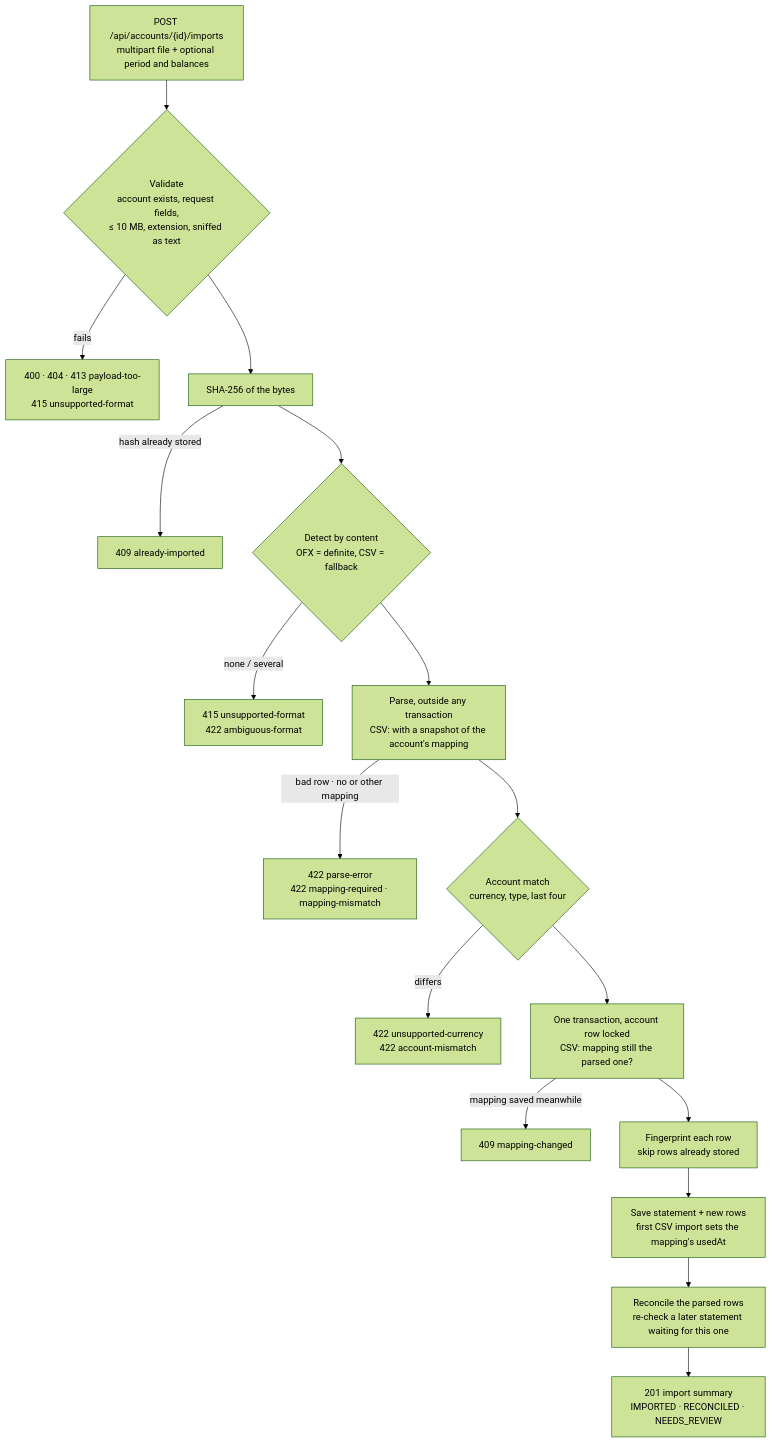
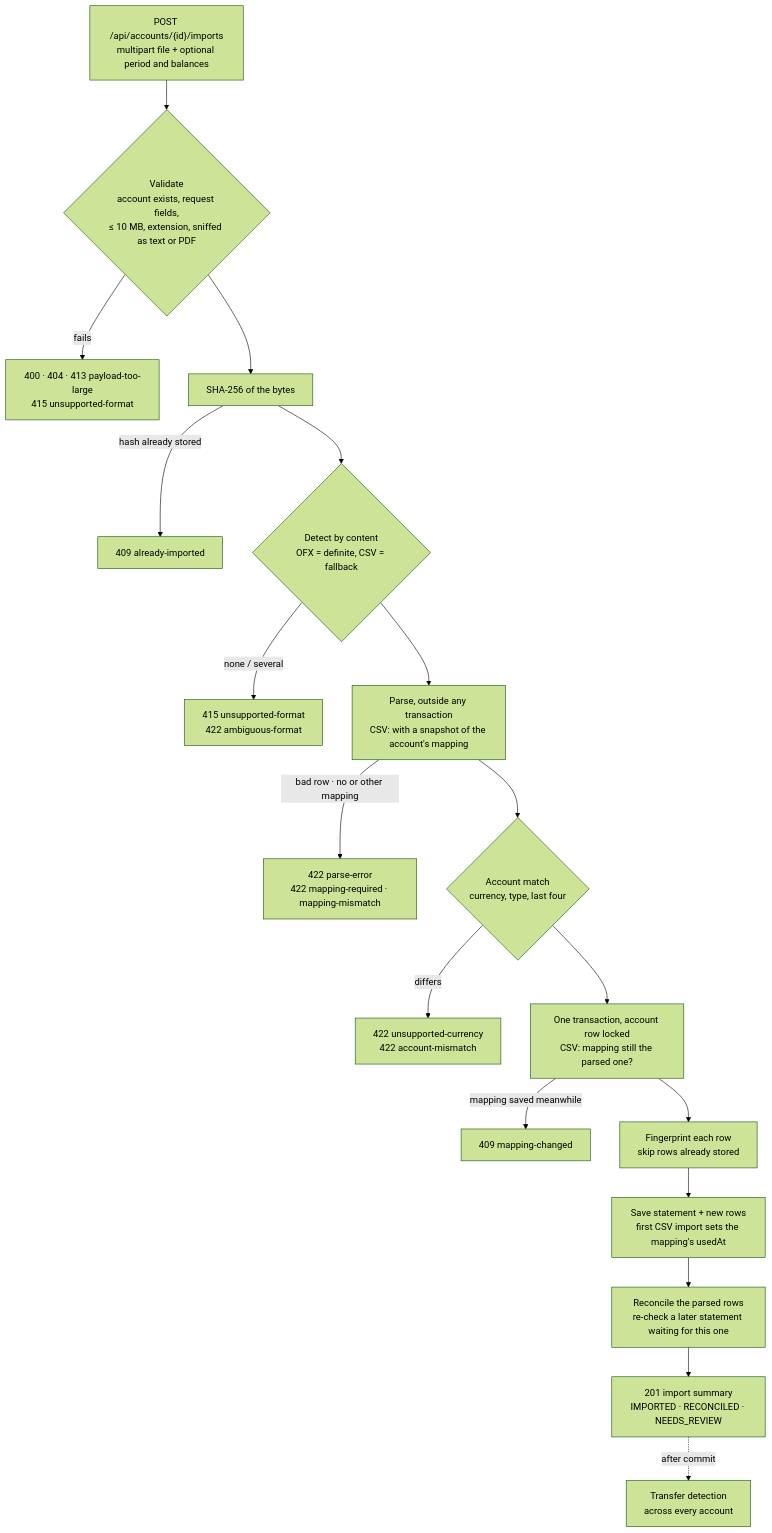
The second of 2 diagrams in README.md (atgiorgis/finalysis), drawn with Mermaid (forest theme) before and after one commit. The commit also changed other lines of this file and 7 other files, not shown here.

````diff
--- a/README.md
+++ b/README.md
@@ -358,20 +434,21 @@
 ```mermaid
 flowchart TD
     upload["POST /api/accounts/{id}/imports<br/>multipart file + optional period and balances"] --> validate
-    validate{"Validate<br/>account exists, request fields,<br/>≤ 10 MB, extension, sniffed as text"}
+    validate{"Validate<br/>account exists, request fields,<br/>≤ 10 MB, extension, sniffed as text or PDF"}
     validate -- fails --> e1["400 · 404 · 413 payload-too-large<br/>415 unsupported-format"]
     validate --> hash["SHA-256 of the bytes"]
     hash -- "hash already stored" --> e2["409 already-imported"]
     hash --> detect{"Detect by content<br/>OFX = definite, CSV = fallback"}
     detect -- "none / several" --> e3["415 unsupported-format<br/>422 ambiguous-format"]
     detect --> parse["Parse, outside any transaction<br/>CSV: with a snapshot of the account's mapping"]
     parse -- "bad row · no or other mapping" --> e4["422 parse-error<br/>422 mapping-required · mapping-mismatch"]
     parse --> match{"Account match<br/>currency, type, last four"}
     match -- differs --> e5["422 unsupported-currency<br/>422 account-mismatch"]
     match --> lock["One transaction, account row locked<br/>CSV: mapping still the parsed one?"]
     lock -- "mapping saved meanwhile" --> e6["409 mapping-changed"]
     lock --> dedup["Fingerprint each row<br/>skip rows already stored"]
     dedup --> save["Save statement + new rows<br/>first CSV import sets the mapping's usedAt"]
     save --> reconcile["Reconcile the parsed rows<br/>re-check a later statement waiting for this one"]
     reconcile --> summary["201 import summary<br/>IMPORTED · RECONCILED · NEEDS_REVIEW"]
+    summary -. "after commit" .-> transfers["Transfer detection<br/>across every account"]
 ```
````
